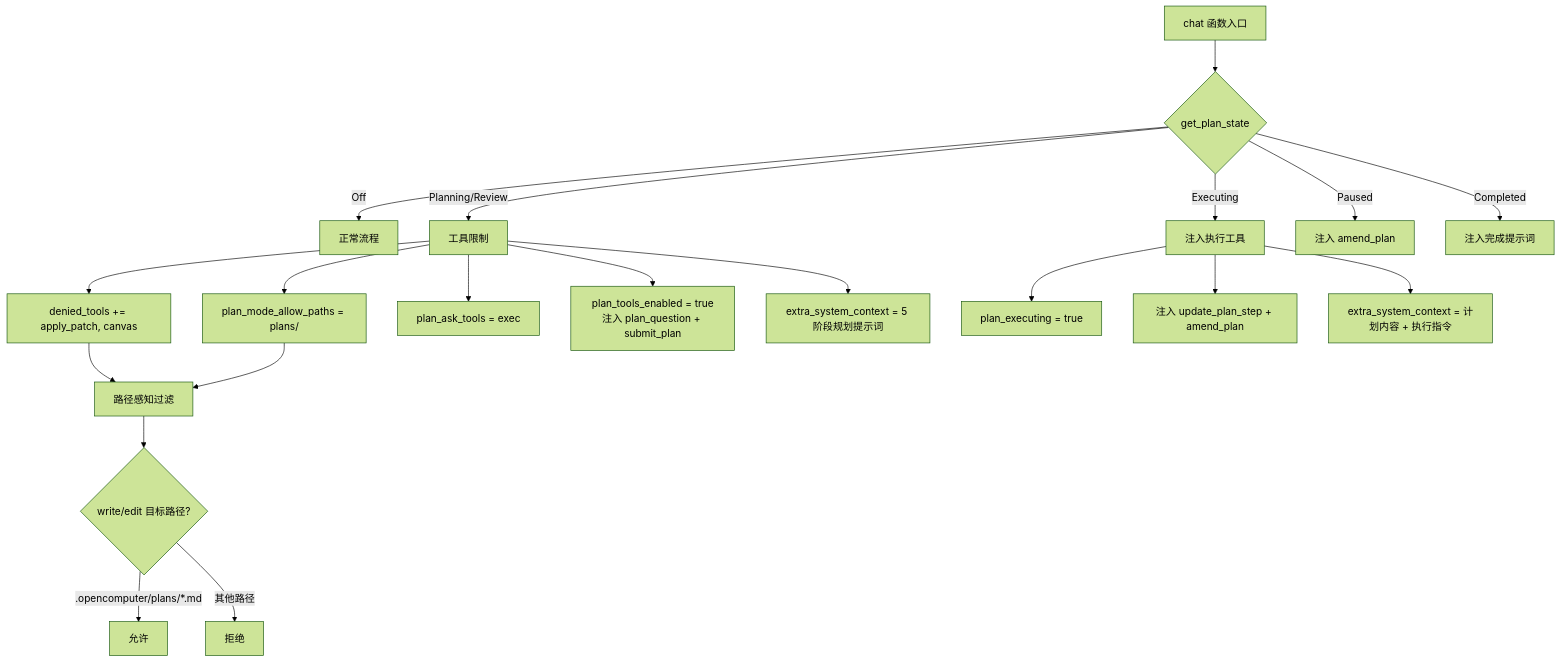
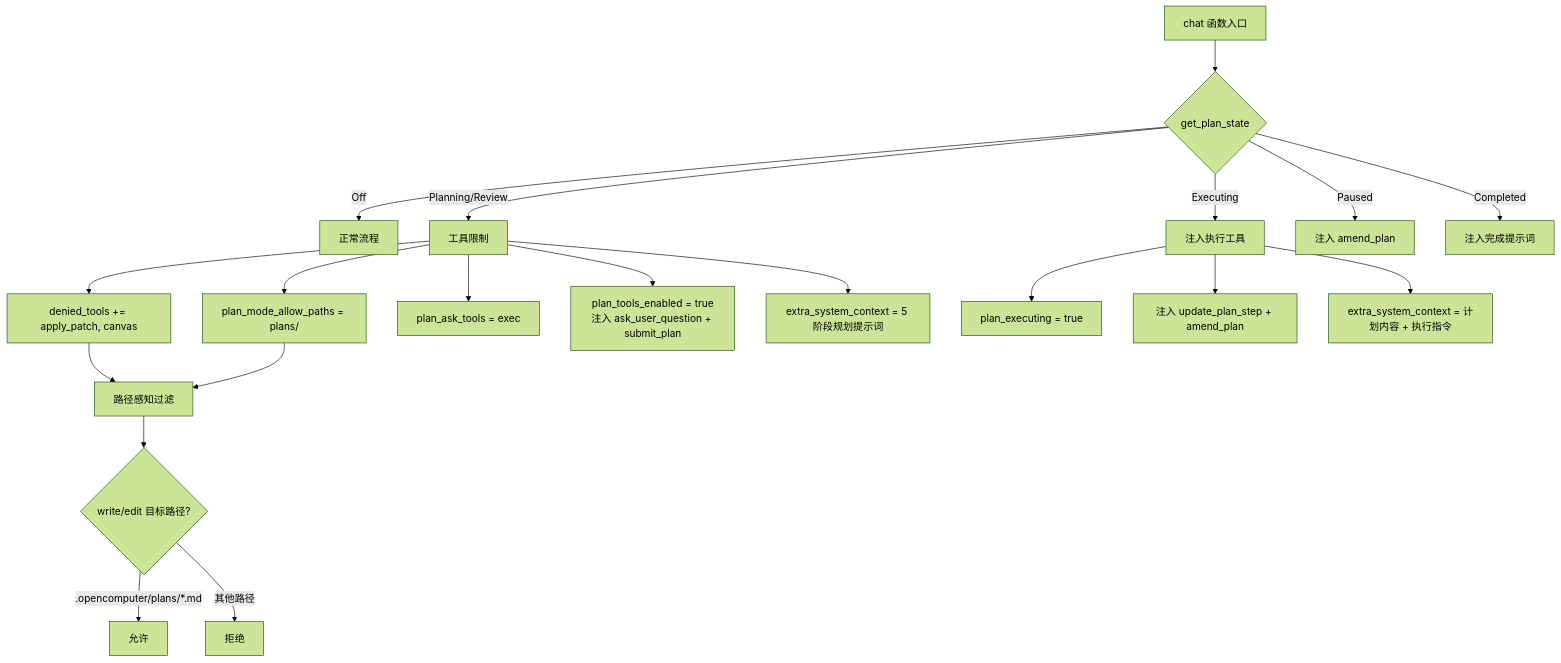
One commit to shiwenwen/hope-agent changed the third of 16 diagrams in docs/architecture/plan-mode.md. Above: the diagram before and after it, drawn with Mermaid (forest theme). The commit also changed other lines of this file and 39 other files, not shown here.

First line of the commit message:
refactor: 移除 plan_question 旧名兼容，统一为 ask_user_question

````diff
--- a/docs/architecture/plan-mode.md
+++ b/docs/architecture/plan-mode.md
@@ -332,25 +332,25 @@
 ```mermaid
 flowchart TD
     A[chat 函数入口] --> B{get_plan_state}
     B -->|Off| C[正常流程]
     B -->|Planning/Review| D[工具限制]
     B -->|Executing| E[注入执行工具]
     B -->|Paused| F[注入 amend_plan]
     B -->|Completed| G[注入完成提示词]
 
     D --> D1["denied_tools += apply_patch, canvas"]
     D --> D2["plan_mode_allow_paths = plans/"]
     D --> D3["plan_ask_tools = exec"]
-    D --> D4["plan_tools_enabled = true<br/>注入 plan_question + submit_plan"]
+    D --> D4["plan_tools_enabled = true<br/>注入 ask_user_question + submit_plan"]
     D --> D5["extra_system_context = 5 阶段规划提示词"]
 
     D1 --> H[路径感知过滤]
     D2 --> H
     H --> H1{write/edit 目标路径?}
     H1 -->|.opencomputer/plans/*.md| H2[允许]
     H1 -->|其他路径| H3[拒绝]
 
     E --> E1["plan_executing = true"]
     E --> E2["注入 update_plan_step + amend_plan"]
     E --> E3["extra_system_context = 计划内容 + 执行指令"]
 ```
````
